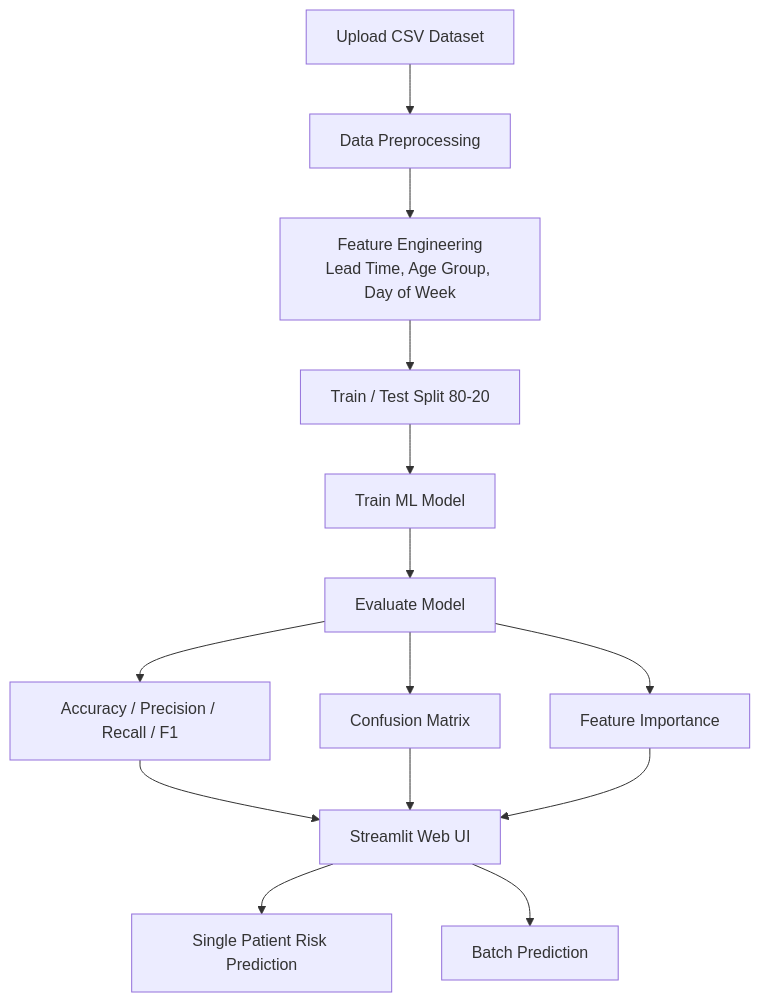
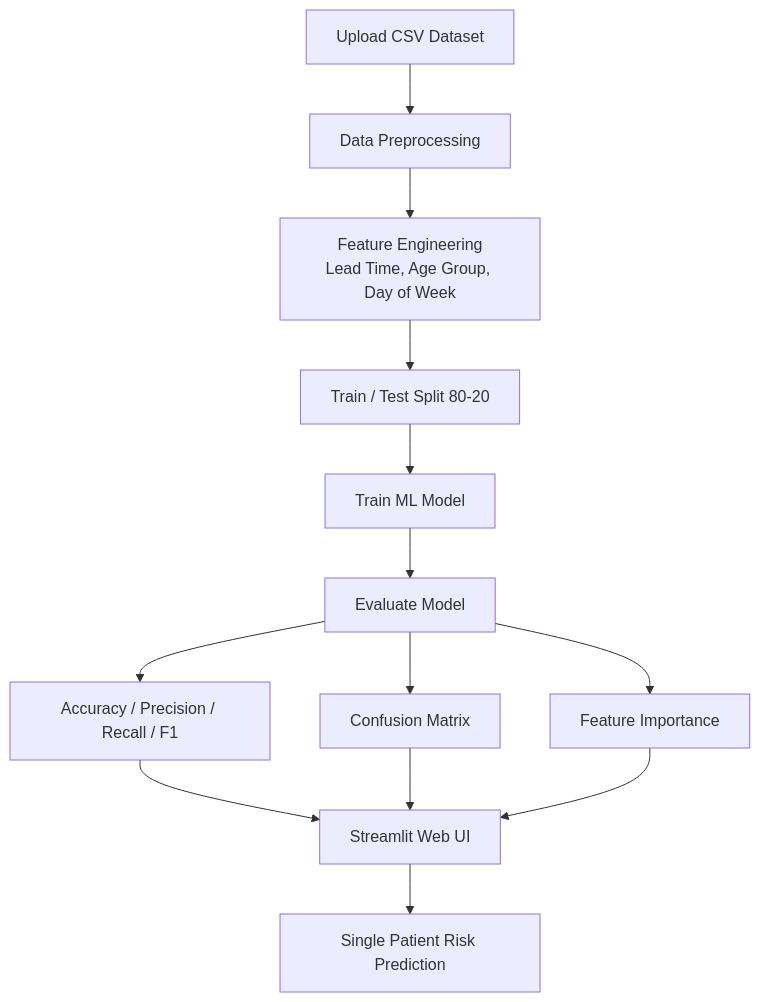
The diagram in README.md (kshitij2212/applied-aiml), drawn with Mermaid before and after one commit. The commit also changed other lines of this file, not shown here.

````diff
--- a/README.md
+++ b/README.md
@@ -38,14 +55,13 @@
 ```mermaid
 flowchart TD
     A[Upload CSV Dataset] --> B[Data Preprocessing]
     B --> C[Feature Engineering\nLead Time, Age Group, Day of Week]
     C --> D[Train / Test Split 80-20]
     D --> E[Train ML Model]
     E --> F[Evaluate Model]
     F --> G[Accuracy / Precision / Recall / F1]
     F --> H[Confusion Matrix]
     F --> I[Feature Importance]
     G & H & I --> J[Streamlit Web UI]
     J --> K[Single Patient Risk Prediction]
-    J --> L[Batch Prediction]
 ```
````
